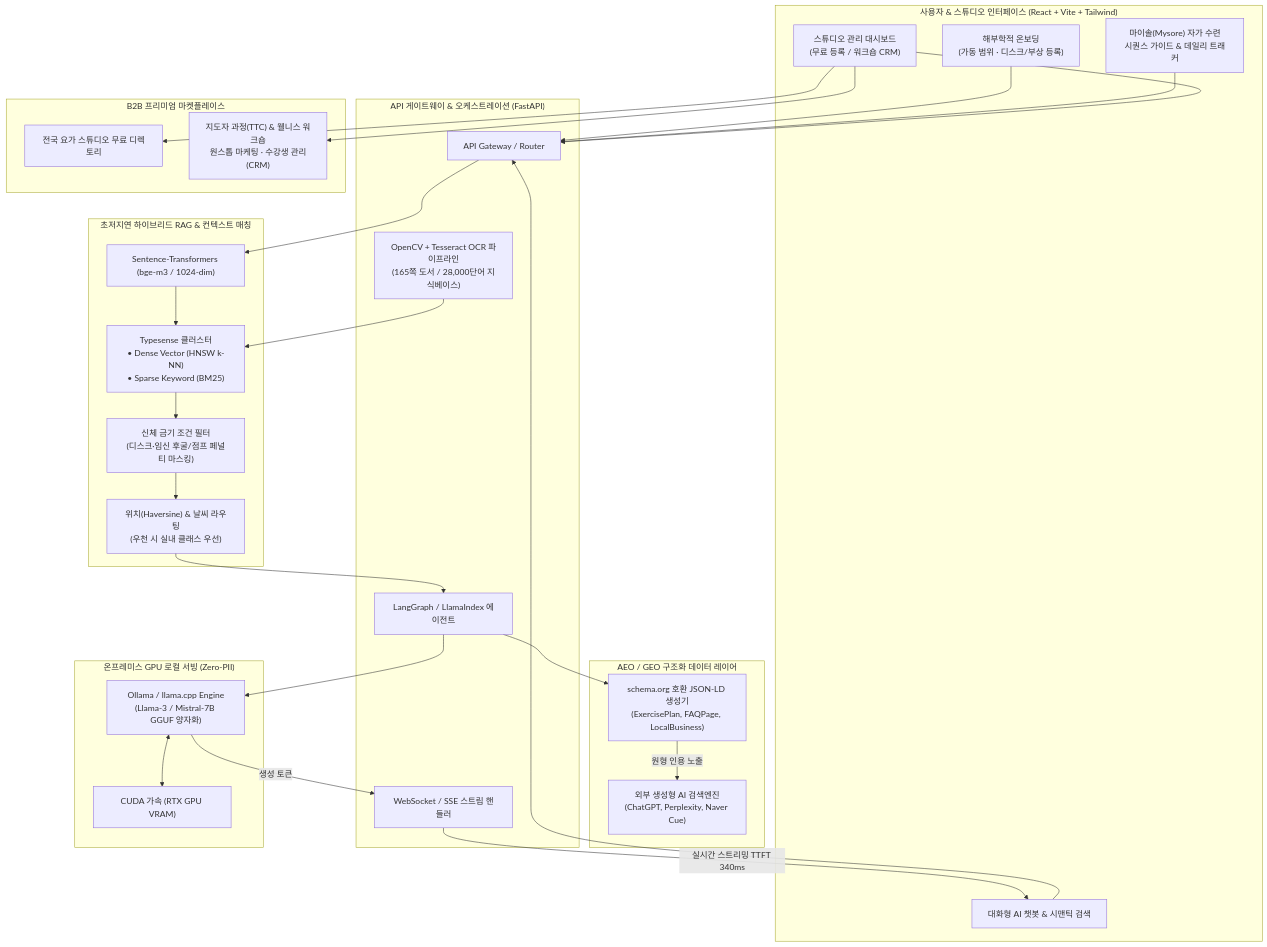
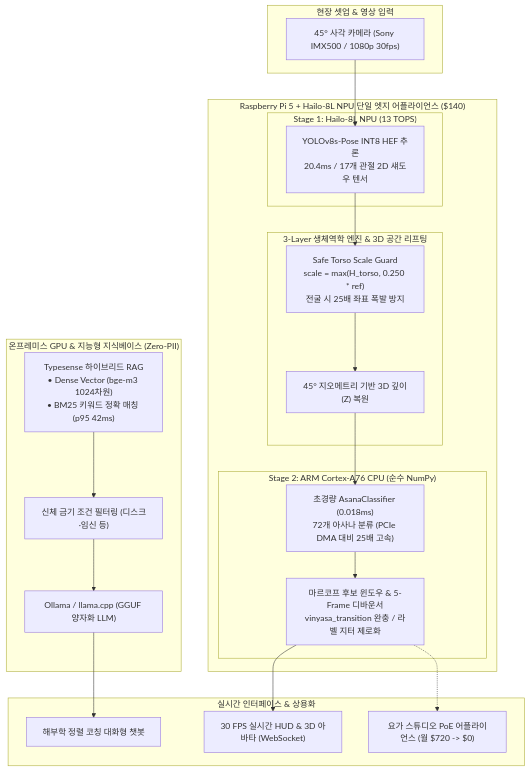
The diagram in 03_포트폴리오_이병남.md (aiegoo/resume), drawn with Mermaid before and after one commit. The commit also changed other lines of this file and 11 other files, not shown here.

Commit message:
feat: condense all 4 dockets into tight 2-page formats and upgrade YogaQ section with Hailo-8L Edge AI perception, 3D biomechanics & hybrid RAG

````diff
--- a/03_포트폴리오_이병남.md
+++ b/03_포트폴리오_이병남.md
@@ -47,59 +34,38 @@
 ```mermaid
 flowchart TD
-    subgraph Client["사용자 & 스튜디오 인터페이스 (React + Vite + Tailwind)"]
-        Onboarding["해부학적 온보딩<br>(가동 범위 · 디스크/부상 등록)"]
-        MysoreTracker["마이솔(Mysore) 자가 수련<br>시퀀스 가이드 & 데일리 트래커"]
-        ChatUI["대화형 AI 챗봇 & 시맨틱 검색"]
-        StudioPortal["스튜디오 관리 대시보드<br>(무료 등록 / 워크숍 CRM)"]
+    subgraph Physical["현장 셋업 & 영상 입력"]
+        Cam["45° 사각 카메라 (Sony IMX500 / 1080p 30fps)"]
     end
 
-    subgraph GEOLayer["AEO / GEO 구조화 데이터 레이어"]
-        JSONLD["schema.org 호환 JSON-LD 생성기<br>(ExercisePlan, FAQPage, LocalBusiness)"]
-        AICrawlers["외부 생성형 AI 검색엔진<br>(ChatGPT, Perplexity, Naver Cue)"]
-        JSONLD -->|원형 인용 노출| AICrawlers
+    subgraph EdgeSystem["Raspberry Pi 5 + Hailo-8L NPU 단일 엣지 어플라이언스 ($140)"]
+        subgraph Stage1["Stage 1: Hailo-8L NPU (13 TOPS)"]
+            NPU["YOLOv8s-Pose INT8 HEF 추론<br>20.4ms / 17개 관절 2D 섀도우 텐서"]
+        end
+        subgraph Lifting["3-Layer 생체역학 엔진 & 3D 공간 리프팅"]
+            Guard["Safe Torso Scale Guard<br>scale = max(H_torso, 0.250 * ref)<br>전굴 시 25배 좌표 폭발 방지"]
+            D3Lift["45° 지오메트리 기반 3D 깊이(Z) 복원"]
+        end
+        subgraph Stage2["Stage 2: ARM Cortex-A76 CPU (순수 NumPy)"]
+            CPUClassifier["초경량 AsanaClassifier (0.018ms)<br>72개 아사나 분류 (PCIe DMA 대비 25배 고속)"]
+            Markov["마르코프 후보 윈도우 & 5-Frame 디바운서<br>vinyasa_transition 완충 / 라벨 지터 제로화"]
+        end
     end
 
-    subgraph APILayer["API 게이트웨이 & 오케스트레이션 (FastAPI)"]
-        Gate["API Gateway / Router"]
-        LangGraph["LangGraph / LlamaIndex 에이전트"]
-        WSHandler["WebSocket / SSE 스트림 핸들러"]
-        OCRIntake["OpenCV + Tesseract OCR 파이프라인<br>(165쪽 도서 / 28,000단어 지식베이스)"]
+    subgraph RAGServing["온프레미스 GPU & 지능형 지식베이스 (Zero-PII)"]
+        Typesense["Typesense 하이브리드 RAG<br>• Dense Vector (bge-m3 1024차원)<br>• BM25 키워드 정확 매칭 (p95 42ms)"]
+        Contra["신체 금기 조건 필터링 (디스크·임신 등)"]
+        Ollama["Ollama / llama.cpp (GGUF 양자화 LLM)"]
     end
 
-    subgraph Retrieval["초저지연 하이브리드 RAG & 컨텍스트 매칭"]
-        Embedder["Sentence-Transformers (bge-m3 / 1024-dim)"]
-        Typesense["Typesense 클러스터<br>• Dense Vector (HNSW k-NN)<br>• Sparse Keyword (BM25)"]
-        ContraFilter["신체 금기 조건 필터<br>(디스크·임신 후굴/점프 페널티 마스킹)"]
-        GeoWeather["위치(Haversine) & 날씨 라우팅<br>(우천 시 실내 클래스 우선)"]
+    subgraph ClientUI["실시간 인터페이스 & 상용화"]
+        HUD["30 FPS 실시간 HUD & 3D 아바타 (WebSocket)"]
+        Chat["해부학 정렬 코칭 대화형 챗봇"]
+        B2B["요가 스튜디오 PoE 어플라이언스 (월 $720 -> $0)"]
     end
 
-    subgraph LLMServing["온프레미스 GPU 로컬 서빙 (Zero-PII)"]
-        Ollama["Ollama / llama.cpp Engine<br>(Llama-3 / Mistral-7B GGUF 양자화)"]
-        GPU["CUDA 가속 (RTX GPU VRAM)"]
-    end
-
-    subgraph B2BMarket["B2B 프리미엄 마켓플레이스"]
-        FreeDir["전국 요가 스튜디오 무료 디렉토리"]
-        TTCMarket["지도자 과정(TTC) & 웰니스 워크숍<br>원스톱 마케팅 · 수강생 관리(CRM)"]
-    end
-
-    Onboarding --> Gate
-    MysoreTracker --> Gate
-    ChatUI --> Gate
-    StudioPortal --> Gate
-
-    Gate --> Embedder --> Typesense
-    Typesense --> ContraFilter
-    ContraFilter --> GeoWeather
-    GeoWeather --> LangGraph
-    OCRIntake --> Typesense
-
-    LangGraph --> Ollama
-    Ollama <--> GPU
-    Ollama -->|생성 토큰| WSHandler
-    WSHandler -->|실시간 스트리밍 TTFT 340ms| ChatUI
-
-    LangGraph --> JSONLD
-    StudioPortal --> FreeDir
-    StudioPortal --> TTCMarket
+    Cam --> NPU
+    NPU --> Guard --> D3Lift --> CPUClassifier --> Markov
+    Markov --> HUD
+    Typesense --> Contra --> Ollama --> Chat
+    Markov -.-> B2B
 ```
````
